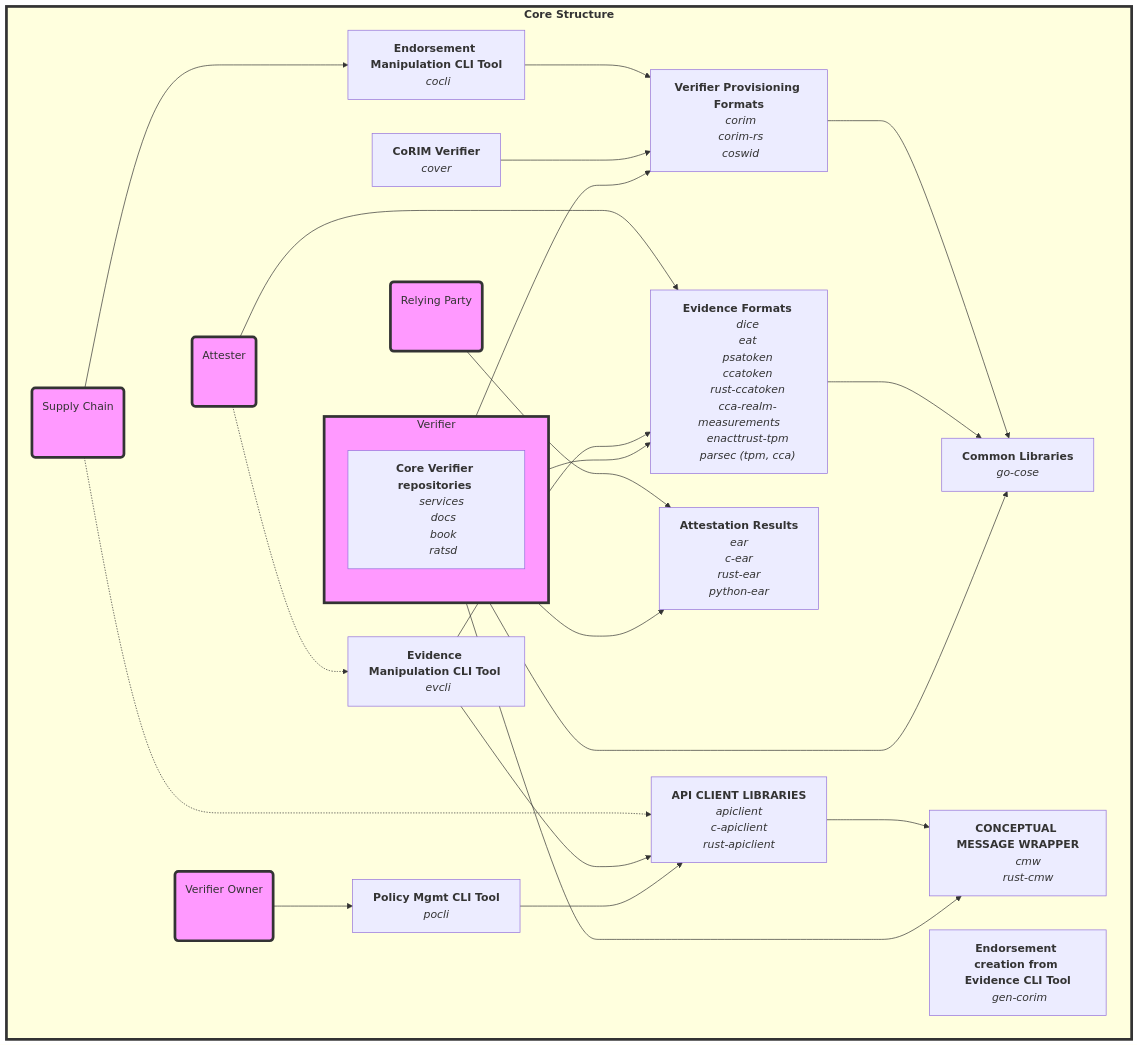
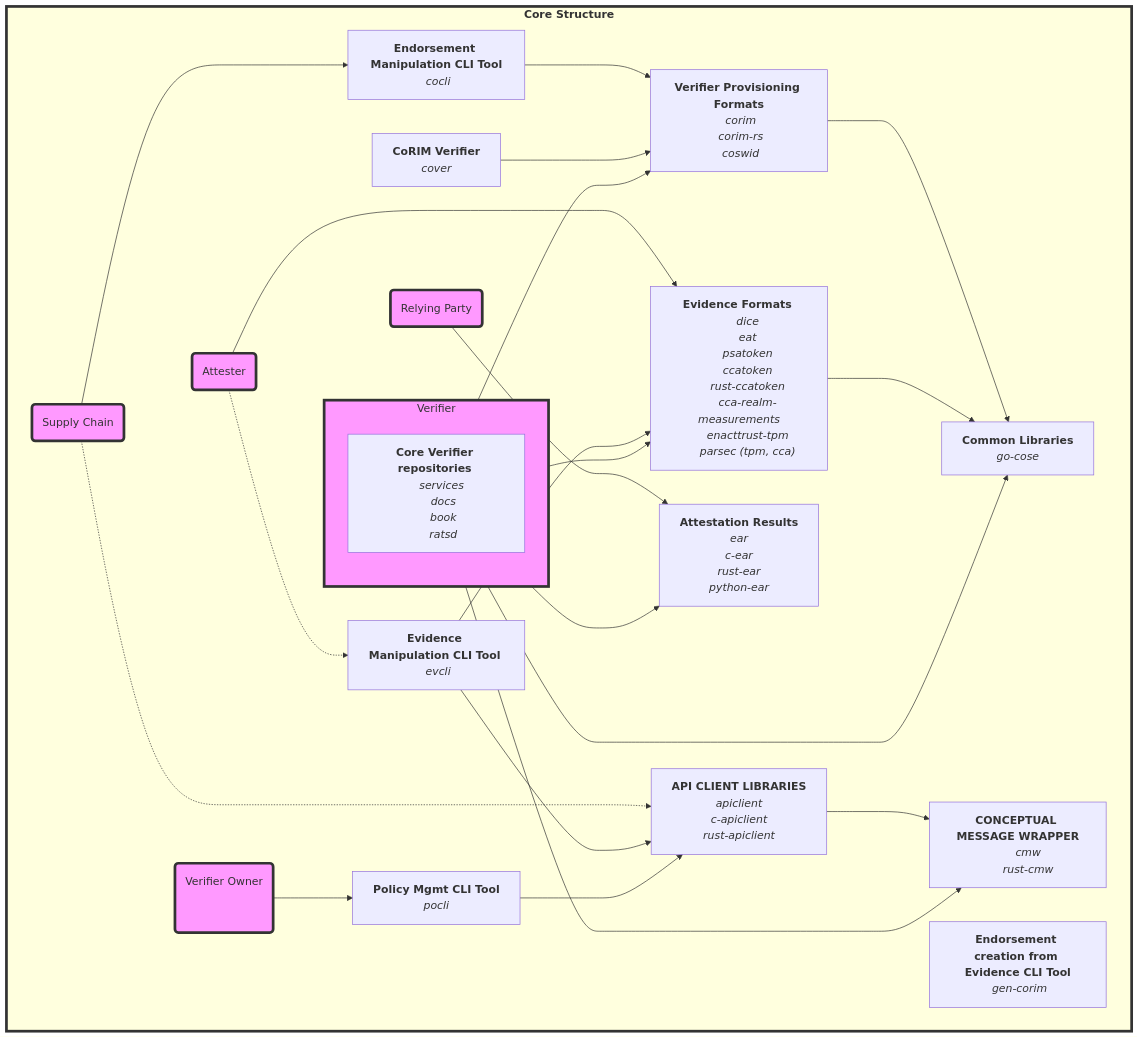
The second of 3 diagrams in repo-guide.md (veraison/docs), drawn with Mermaid before and after one commit.

Commit message:
fix: remove extra newlines from Mermaid role boxes
- Cleaned up Supply Chain, Attester, and Relying Party role boxes
- Addresses feedback from @yogeshbdeshpande about extra \n in rendered Mermaid diagrams

```diff
--- a/repo-guide.md
+++ b/repo-guide.md
@@ -127,12 +127,10 @@
 subgraph Veraison["<b>Core Structure </b?"]
 style Veraison stroke:#333,stroke-width:4px
 
-SP("Supply Chain \n
-                \n")
+SP("Supply Chain")
 style SP fill:#f9f,stroke:#333,stroke-width:4px
 
-ATT("Attester  \n
-                \n")
+ATT("Attester")
 style ATT fill:#f9f,stroke:#333,stroke-width:4px
 
 COCLI["<b>Endorsement Manipulation CLI Tool</b>
@@ -173,8 +171,7 @@
     <i>book</i>
     <i>ratsd</i>"]
 
-RP("Relying Party \n
-                \n")
+RP("Relying Party")
 style RP fill:#f9f,stroke:#333,stroke-width:4px
 
 AR["<b>Attestation Results</b> 
```
